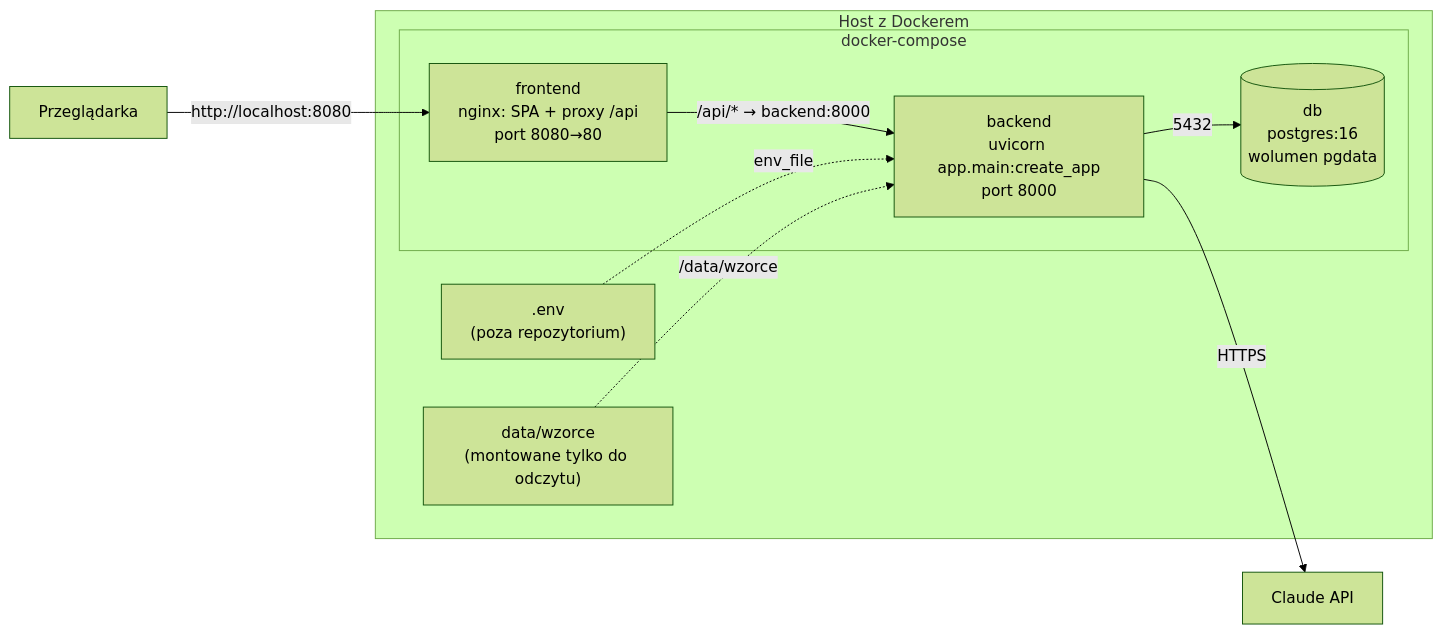
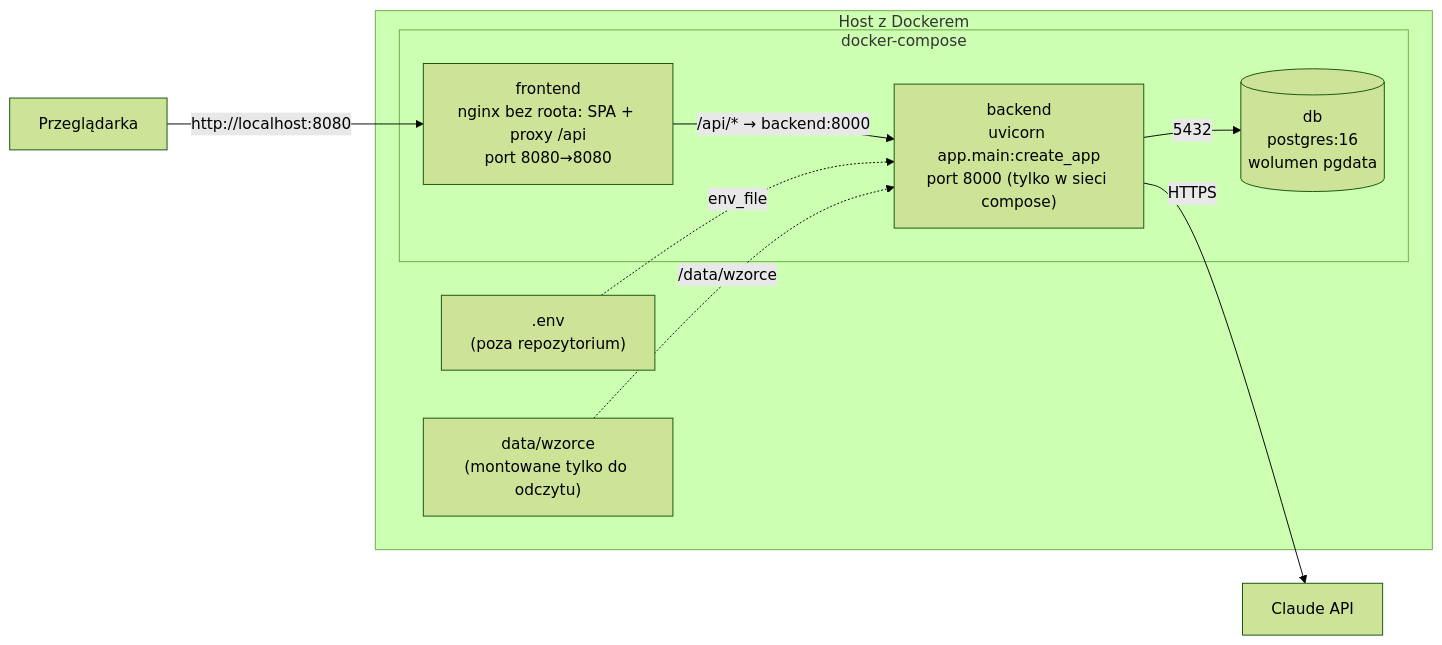
Before and after one commit to DanielLuba86/analizator-umow: the diagram in docs/arc42/07-wdrozenie.md, drawn with Mermaid (forest theme). The commit also changed other lines of this file and 3 other files, not shown here.

````diff
--- a/docs/arc42/07-wdrozenie.md
+++ b/docs/arc42/07-wdrozenie.md
@@ -5,18 +5,18 @@
 ```mermaid
 flowchart LR
   B["Przeglądarka"] -- "http://localhost:8080" --> FE
   subgraph host["Host z Dockerem"]
     subgraph compose["docker-compose"]
-      FE["frontend<br/>nginx: SPA + proxy /api<br/>port 8080→80"]
-      BE["backend<br/>uvicorn app.main:create_app<br/>port 8000"]
+      FE["frontend<br/>nginx bez roota: SPA + proxy /api<br/>port 8080→8080"]
+      BE["backend<br/>uvicorn app.main:create_app<br/>port 8000 (tylko w sieci compose)"]
       DB[("db<br/>postgres:16<br/>wolumen pgdata")]
     end
     ENV[".env<br/>(poza repozytorium)"]
     W["data/wzorce<br/>(montowane tylko do odczytu)"]
   end
   FE -- "/api/* → backend:8000" --> BE
   BE -- "5432" --> DB
   ENV -. "env_file" .-> BE
   W -. "/data/wzorce" .-> BE
   BE -- "HTTPS" --> CL["Claude API"]
 ```
````
